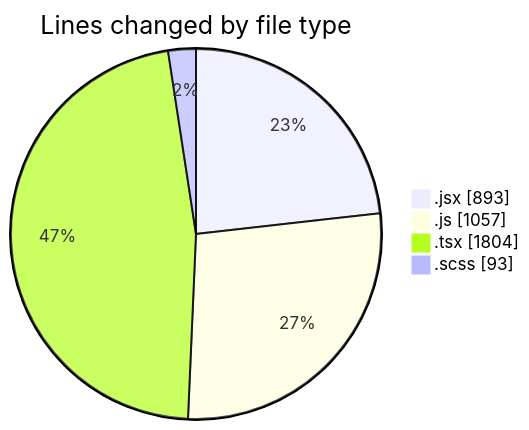
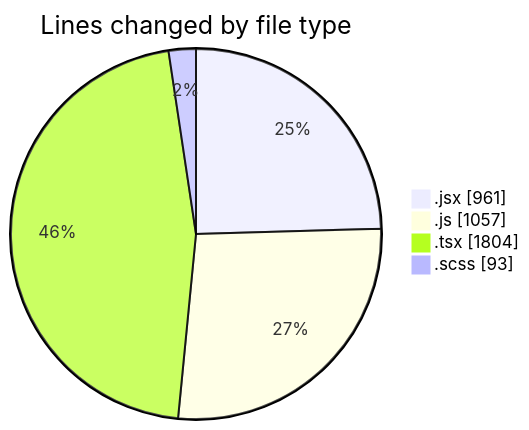
Before and after one commit to momahboobian/code-tracking: the first of 2 diagrams in 2026-02-12/cda/README.md, drawn with Mermaid. The commit also changed other lines of this file and 1 other file, not shown here.

````diff
--- a/2026-02-12/cda/README.md
+++ b/2026-02-12/cda/README.md
@@ -33,8 +33,8 @@
 ```mermaid
 pie showData
 title Lines changed by file type
-".jsx" : 893
+".jsx" : 961
 ".js" : 1057
 ".tsx" : 1804
 ".scss" : 93
 ```
````
